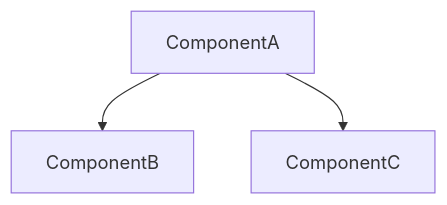
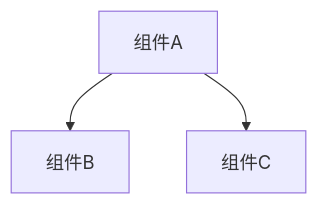
The diagram in skills/codewiki-wiki-generator/SKILL.md (mambo-wang/CodeWiki-CN), drawn with Mermaid before and after one commit. The commit also changed other lines of this file and 2 other files, not shown here.

````diff
--- a/skills/codewiki-wiki-generator/SKILL.md
+++ b/skills/codewiki-wiki-generator/SKILL.md
@@ -167,5 +391,5 @@
 ```mermaid
 graph TD
-    A[ComponentA] --> B[ComponentB]
-    A --> C[ComponentC]
+    A[组件A] --> B[组件B]
+    A --> C[组件C]
 ```
````
